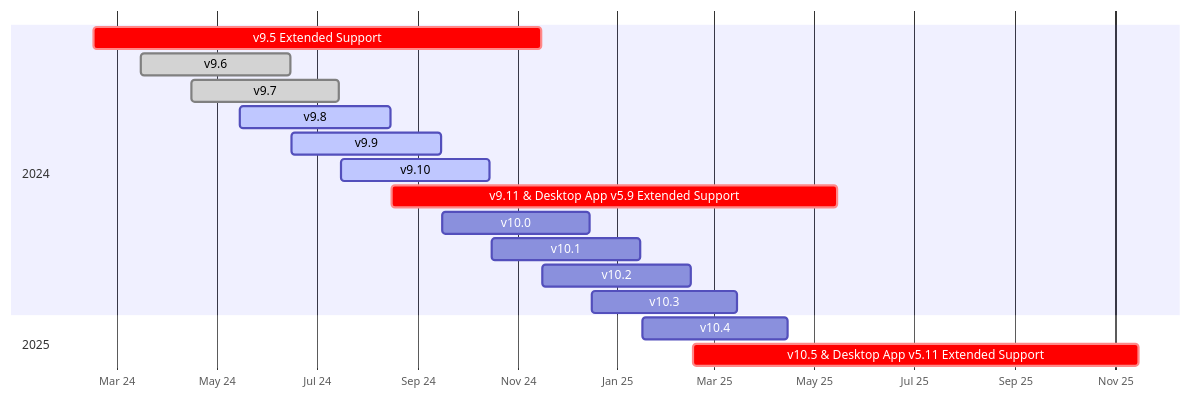
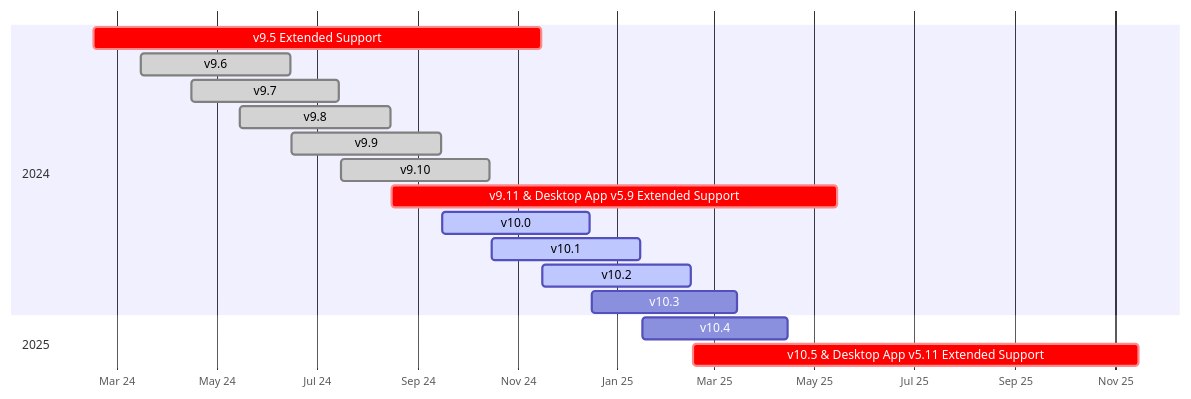
The diagram in source/about/release-policy.md (mattermost/docs), drawn with Mermaid before and after one commit.

````diff
--- a/source/about/release-policy.md
+++ b/source/about/release-policy.md
@@ -48,24 +48,24 @@
 ```{mermaid}
 
 gantt
     dateFormat  YYYY-MM-DD
     axisFormat  %b %y
     tickInterval 2month
     
     section 2024
     v9.5 Extended Support  :crit,    2024-02-16, 2024-11-15
     v9.6                   :done,  2024-03-16, 2024-06-15
     v9.7                   :done,  2024-04-16, 2024-07-15
-    v9.8                   :active,  2024-05-15, 2024-08-15
-    v9.9                   :active,  2024-06-16, 2024-09-15
-    v9.10                  :active,  2024-07-16, 2024-10-15
+    v9.8                   :done,  2024-05-15, 2024-08-15
+    v9.9                   :done,  2024-06-16, 2024-09-15
+    v9.10                  :done,  2024-07-16, 2024-10-15
     v9.11 & Desktop App v5.9 Extended Support :crit,    2024-08-16, 2025-05-15
-    v10.0                  :upcoming,    2024-09-16, 2024-12-15
-    v10.1                  :upcoming,    2024-10-16, 2025-01-15
-    v10.2                  :upcoming,    2024-11-16, 2025-02-15
+    v10.0                  :active,    2024-09-16, 2024-12-15
+    v10.1                  :active,    2024-10-16, 2025-01-15
+    v10.2                  :active,    2024-11-16, 2025-02-15
     v10.3                  :upcoming,    2024-12-16, 2025-03-15
 
     section 2025
     v10.4                  :upcoming,    2025-01-16, 2025-04-15
     v10.5 & Desktop App v5.11 Extended Support :crit,    2025-02-16, 2025-11-15
 ```
````
